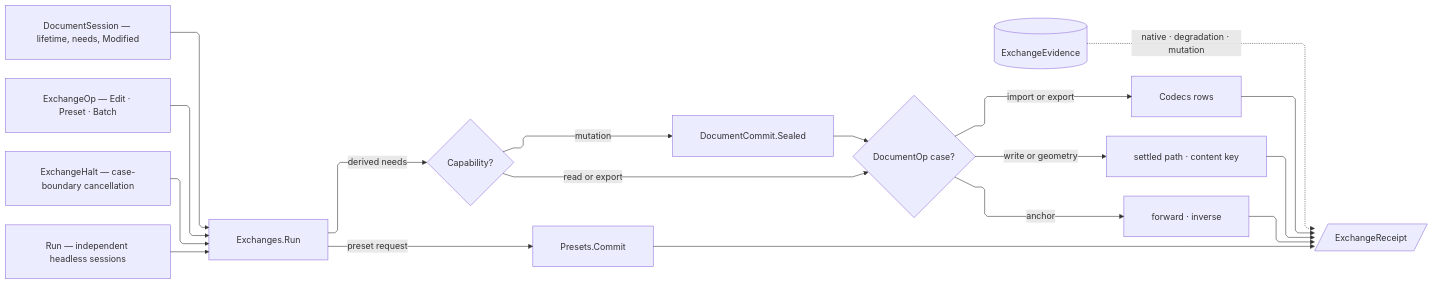
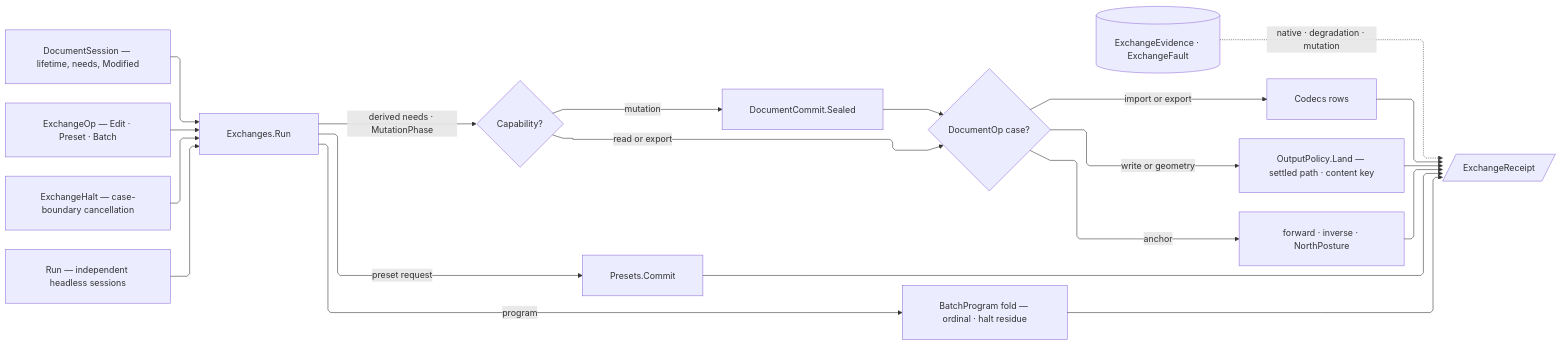
The diagram in libs/csharp/Rasm.Rhino/.planning/Exchange/operations.md (bsamiee/Rasm), drawn with Mermaid before and after one commit. The commit also changed other lines of this file and 818 other files, not shown here.

````diff
--- a/libs/csharp/Rasm.Rhino/.planning/Exchange/operations.md
+++ b/libs/csharp/Rasm.Rhino/.planning/Exchange/operations.md
@@ -1133,29 +1274,31 @@
 ```mermaid
 ---
 config:
   layout: elk
   flowchart:
     curve: linear
     padding: 25
 ---
 flowchart LR
     accTitle: Rhino exchange transaction rail
-    accDescr: One session-proved exchange request dispatches through host operation families into one detached receipt, while cancellation gates entry and typed evidence records native, degradation, and mutation outcomes.
+    accDescr: One session-proved exchange request dispatches through host operation families into one detached receipt, while the halt gates entry between rows and typed evidence records native, degradation, and mutation outcomes.
     Session["DocumentSession — lifetime, needs, Modified"] --> Entry["Exchanges.Run"]
     Request["ExchangeOp — Edit · Preset · Batch"] --> Entry
     Halt["ExchangeHalt — case-boundary cancellation"] --> Entry
-    Entry -->|"derived needs"| Demand{"Capability?"}
+    Entry -->|"derived needs · MutationPhase"| Demand{"Capability?"}
     Demand -->|"read or export"| Dispatch{"DocumentOp case?"}
     Demand -->|"mutation"| Undo["DocumentCommit.Sealed"]
     Undo --> Dispatch
     Dispatch -->|"import or export"| Matrix["Codecs rows"]
-    Dispatch -->|"write or geometry"| Output["settled path · content key"]
+    Dispatch -->|"write or geometry"| Output["OutputPolicy.Land — settled path · content key"]
     Entry -->|"preset request"| Tables["Presets.Commit"]
-    Dispatch -->|"anchor"| Geo["forward · inverse"]
+    Entry -->|"program"| Batch["BatchProgram fold — ordinal · halt residue"]
+    Dispatch -->|"anchor"| Geo["forward · inverse · NorthPosture"]
     Matrix --> Receipt[/ExchangeReceipt/]
     Output --> Receipt
     Tables --> Receipt
+    Batch --> Receipt
     Geo --> Receipt
-    Evidence[(ExchangeEvidence)] -.->|"native · degradation · mutation"| Receipt
+    Evidence[(ExchangeEvidence · ExchangeFault)] -.->|"native · degradation · mutation"| Receipt
     Convert["Run — independent headless sessions"] --> Entry
 ```
````
